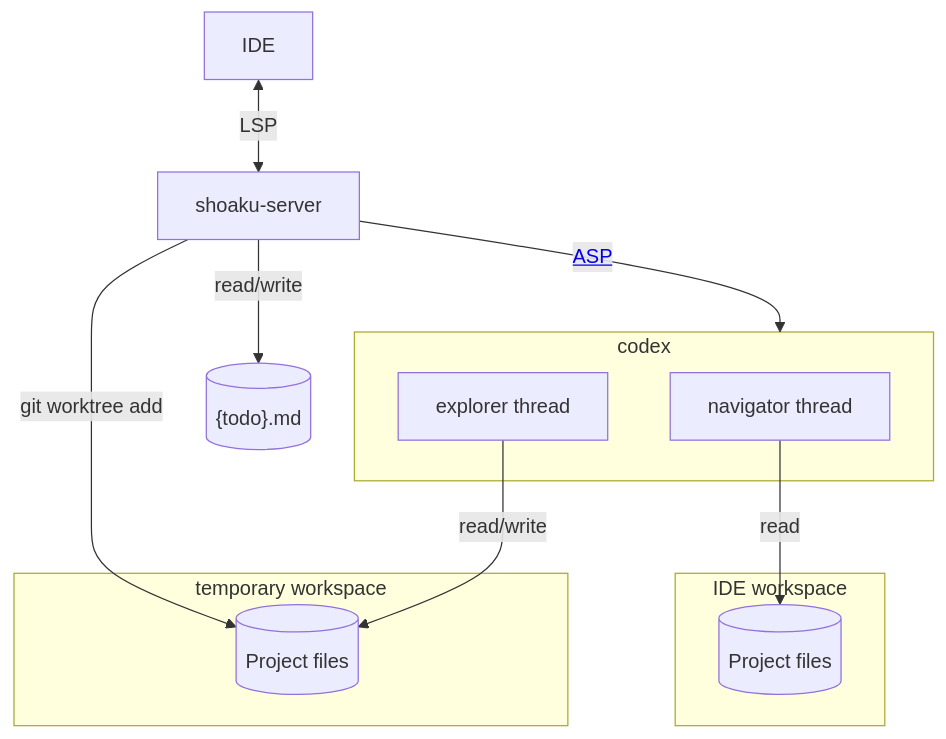
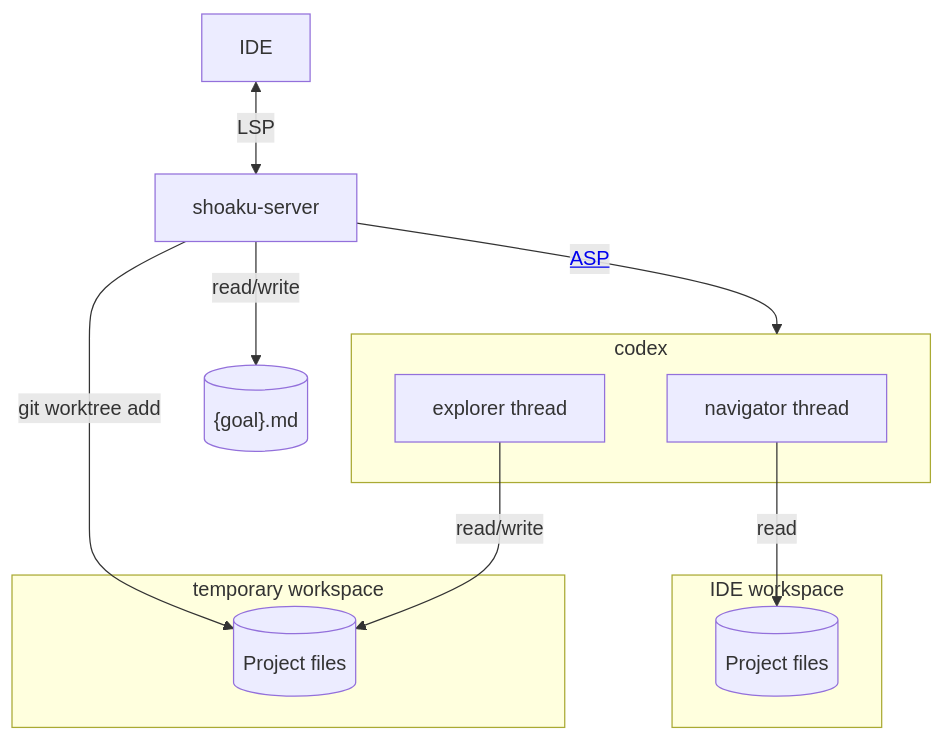
Before and after one commit to seachicken/intellij-shoaku: the diagram in docs/architecture.md, drawn with Mermaid.

Commit message:
Refactor

````diff
--- a/docs/architecture.md
+++ b/docs/architecture.md
@@ -3,19 +3,19 @@
 ```mermaid
 graph TD
   subgraph user_workspace["IDE workspace"]
     project-files[(Project files)]
   end
   subgraph sandbox_workspace["temporary workspace"]
     worktree-files[(Project files)]
   end
   subgraph codex
     navigator[navigator thread]
     explorer[explorer thread]
   end
 
-  shoaku-server -- read/write --> todo[("{todo}.md")]
+  shoaku-server -- read/write --> todo[("{goal}.md")]
   IDE <-- LSP --> shoaku-server -- <a href='https://github.com/openai/codex/blob/main/codex-rs/app-server/README.md'>ASP</a> --> codex
   shoaku-server -- "git worktree add" --> worktree-files
   navigator -- read --> project-files
   explorer -- read/write --> worktree-files
 ```
````
